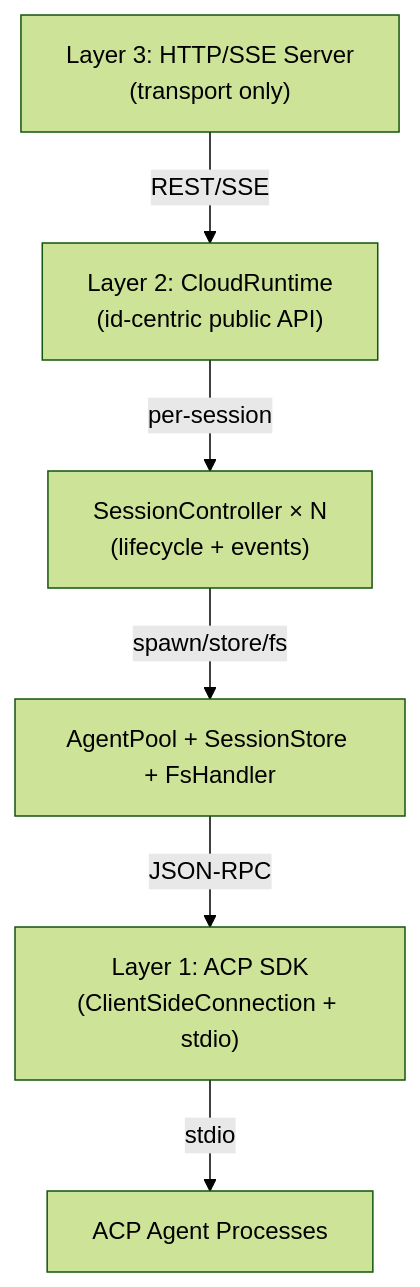
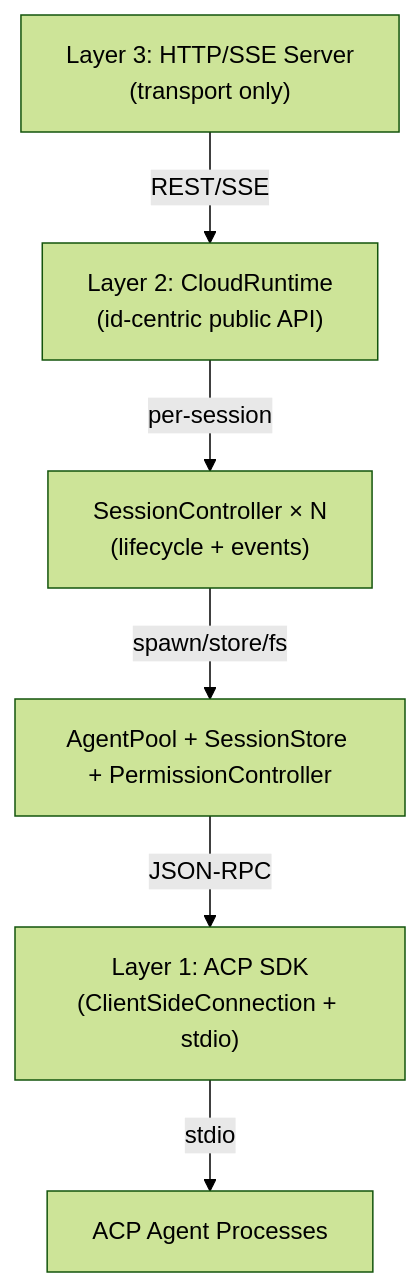
Before and after one commit to RoacherM/acp-cloud: the diagram in docs/diagrams/1-layers.mmd, drawn with Mermaid (forest theme). The commit also changed 5 other files, not shown here.

First line of the commit message:
docs: sync architecture, deployment, diagrams with actual codebase

```diff
--- a/docs/diagrams/1-layers.mmd
+++ b/docs/diagrams/1-layers.mmd
@@ -1,13 +1,13 @@
 graph TD
     L3["Layer 3: HTTP/SSE Server<br/>(transport only)"]
     L2["Layer 2: CloudRuntime<br/>(id-centric public API)"]
     SC["SessionController × N<br/>(lifecycle + events)"]
-    INFRA["AgentPool + SessionStore + FsHandler"]
+    INFRA["AgentPool + SessionStore + PermissionController"]
     L1["Layer 1: ACP SDK<br/>(ClientSideConnection + stdio)"]
     AGENT["ACP Agent Processes"]
 
     L3 -->|"REST/SSE"| L2
     L2 -->|"per-session"| SC
     SC -->|"spawn/store/fs"| INFRA
     INFRA -->|"JSON-RPC"| L1
     L1 -->|"stdio"| AGENT
```
